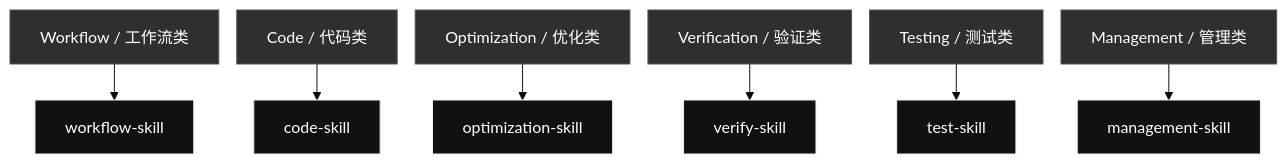
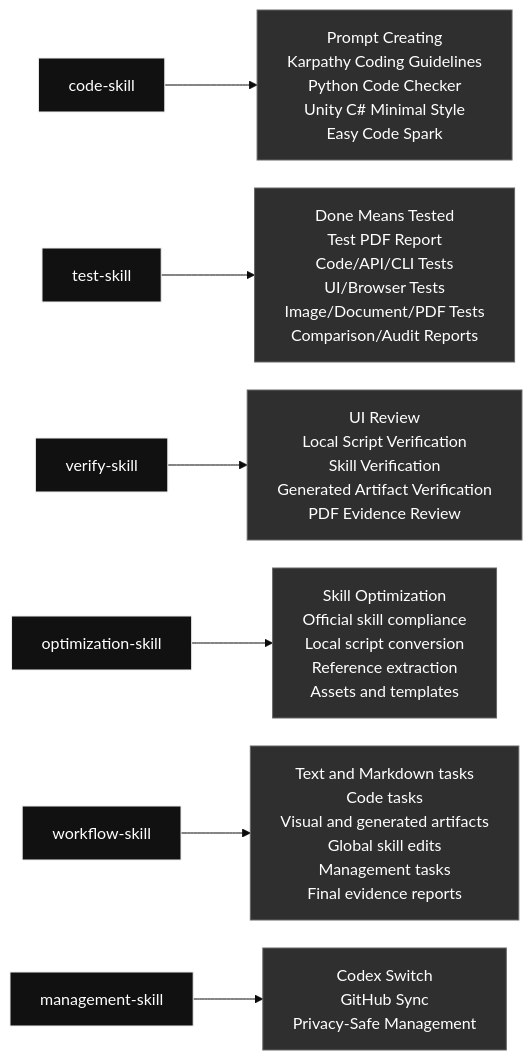
The diagram in README.md (qinbatista/qin-codex-skills), drawn with Mermaid (base theme) before and after one commit. The commit also changed other lines of this file and 2 other files, not shown here.

Commit message:
Put direct skill map at top

````diff
--- a/README.md
+++ b/README.md
@@ -46,20 +7,14 @@
 ```mermaid
-%%{init: {"flowchart": {"nodeSpacing": 18, "rankSpacing": 36, "wrappingWidth": 220}}}%%
-flowchart TD
-  category_Workflow["Workflow / 工作流类"]
-  category_Workflow --> skill_workflow_skill["workflow-skill"]
-  category_Code["Code / 代码类"]
-  category_Code --> skill_code_skill["code-skill"]
-  category_Optimization["Optimization / 优化类"]
-  category_Optimization --> skill_optimization_skill["optimization-skill"]
-  category_Verification["Verification / 验证类"]
-  category_Verification --> skill_verify_skill["verify-skill"]
-  category_Testing["Testing / 测试类"]
-  category_Testing --> skill_test_skill["test-skill"]
-  category_Management["Management / 管理类"]
-  category_Management --> skill_management_skill["management-skill"]
-  classDef category fill:#2f2f2f,color:#fff,stroke:#555;
+%%{init: {"flowchart": {"nodeSpacing": 28, "rankSpacing": 54, "wrappingWidth": 240}}}%%
+flowchart LR
+  skill_code_skill["code-skill"] --> inside_code_skill["Prompt Creating<br/>Karpathy Coding Guidelines<br/>Python Code Checker<br/>Unity C# Minimal Style<br/>Easy Code Spark"]
+  skill_test_skill["test-skill"] --> inside_test_skill["Done Means Tested<br/>Test PDF Report<br/>Code/API/CLI Tests<br/>UI/Browser Tests<br/>Image/Document/PDF Tests<br/>Comparison/Audit Reports"]
+  skill_verify_skill["verify-skill"] --> inside_verify_skill["UI Review<br/>Local Script Verification<br/>Skill Verification<br/>Generated Artifact Verification<br/>PDF Evidence Review"]
+  skill_optimization_skill["optimization-skill"] --> inside_optimization_skill["Skill Optimization<br/>Official skill compliance<br/>Local script conversion<br/>Reference extraction<br/>Assets and templates"]
+  skill_workflow_skill["workflow-skill"] --> inside_workflow_skill["Text and Markdown tasks<br/>Code tasks<br/>Visual and generated artifacts<br/>Global skill edits<br/>Management tasks<br/>Final evidence reports"]
+  skill_management_skill["management-skill"] --> inside_management_skill["Codex Switch<br/>GitHub Sync<br/>Privacy-Safe Management"]
   classDef skill fill:#111,color:#fff,stroke:#eee;
-  class category_Workflow,category_Code,category_Optimization,category_Verification,category_Testing,category_Management category;
-  class skill_workflow_skill,skill_code_skill,skill_optimization_skill,skill_verify_skill,skill_test_skill,skill_management_skill skill;
+  classDef content fill:#2f2f2f,color:#fff,stroke:#666;
+  class skill_code_skill,skill_test_skill,skill_verify_skill,skill_optimization_skill,skill_workflow_skill,skill_management_skill skill;
+  class inside_code_skill,inside_test_skill,inside_verify_skill,inside_optimization_skill,inside_workflow_skill,inside_management_skill content;
 ```
````
